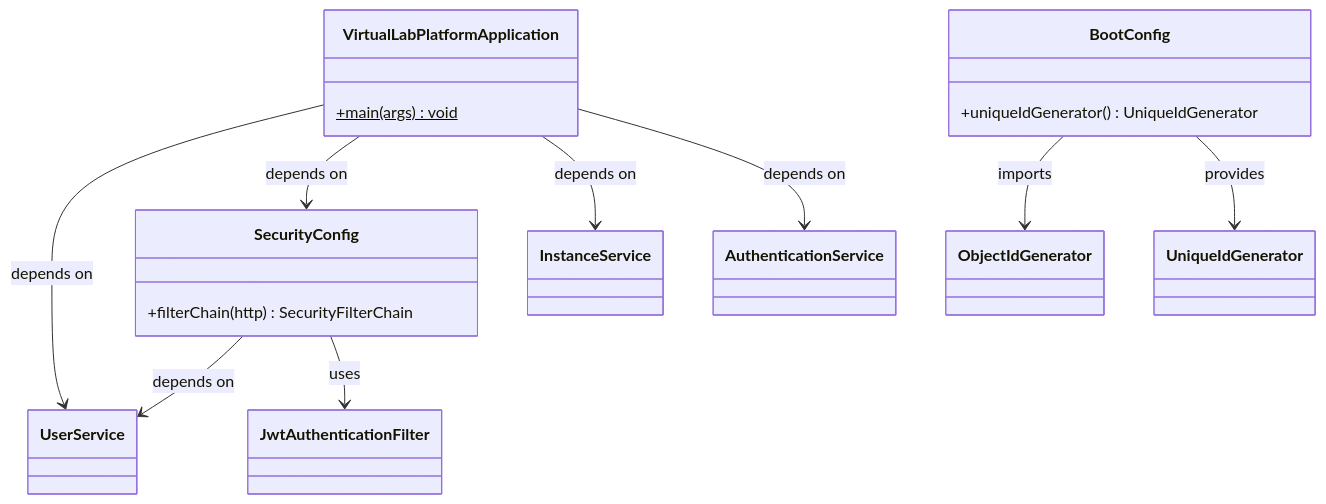
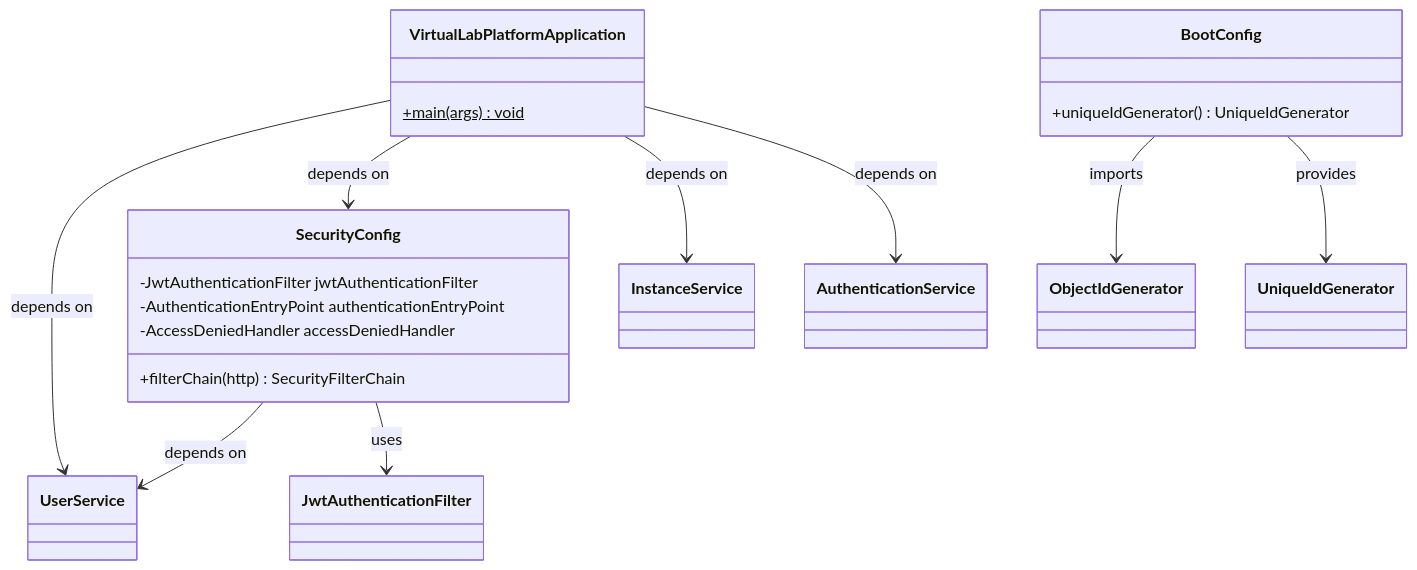
Before and after one commit to Univalle-Gadim-Lab/virtual-lab-platform: the sixth of 7 diagrams in architecture/ARCHITECTURE.md, drawn with Mermaid. The commit also changed other lines of this file and 2 other files, not shown here.

First line of the commit message:
docs: update architecture, OpenAPI, and AGENTS documentation

````diff
--- a/architecture/ARCHITECTURE.md
+++ b/architecture/ARCHITECTURE.md
@@ -781,25 +792,28 @@
 ```mermaid
 classDiagram
     direction TB
 
     class VirtualLabPlatformApplication {
         +main(args) void$
     }
 
     class SecurityConfig {
+        -JwtAuthenticationFilter jwtAuthenticationFilter
+        -AuthenticationEntryPoint authenticationEntryPoint
+        -AccessDeniedHandler accessDeniedHandler
         +filterChain(http) SecurityFilterChain
     }
 
     class BootConfig {
         +uniqueIdGenerator() UniqueIdGenerator
     }
 
     VirtualLabPlatformApplication --> UserService : depends on
     VirtualLabPlatformApplication --> SecurityConfig : depends on
     VirtualLabPlatformApplication --> InstanceService : depends on
     VirtualLabPlatformApplication --> AuthenticationService : depends on
     SecurityConfig --> UserService : depends on
     SecurityConfig --> JwtAuthenticationFilter : uses
     BootConfig --> ObjectIdGenerator : imports
     BootConfig --> UniqueIdGenerator : provides
 ```
````
